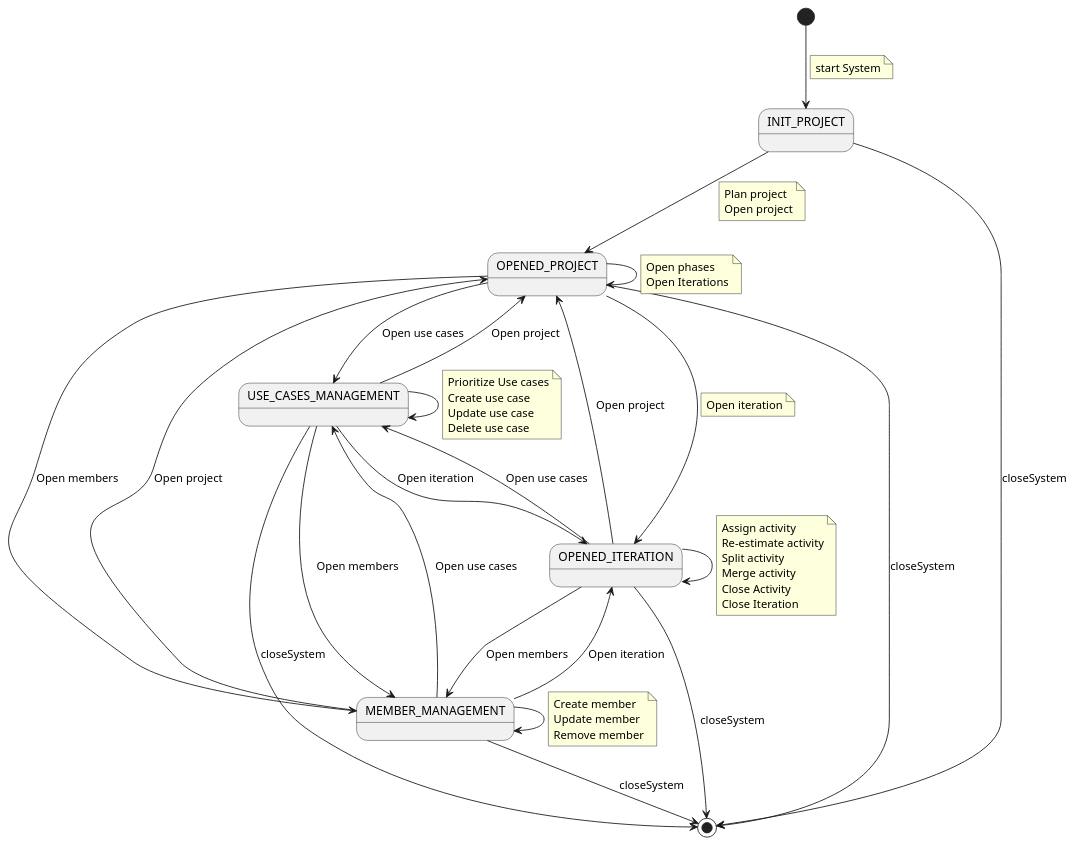
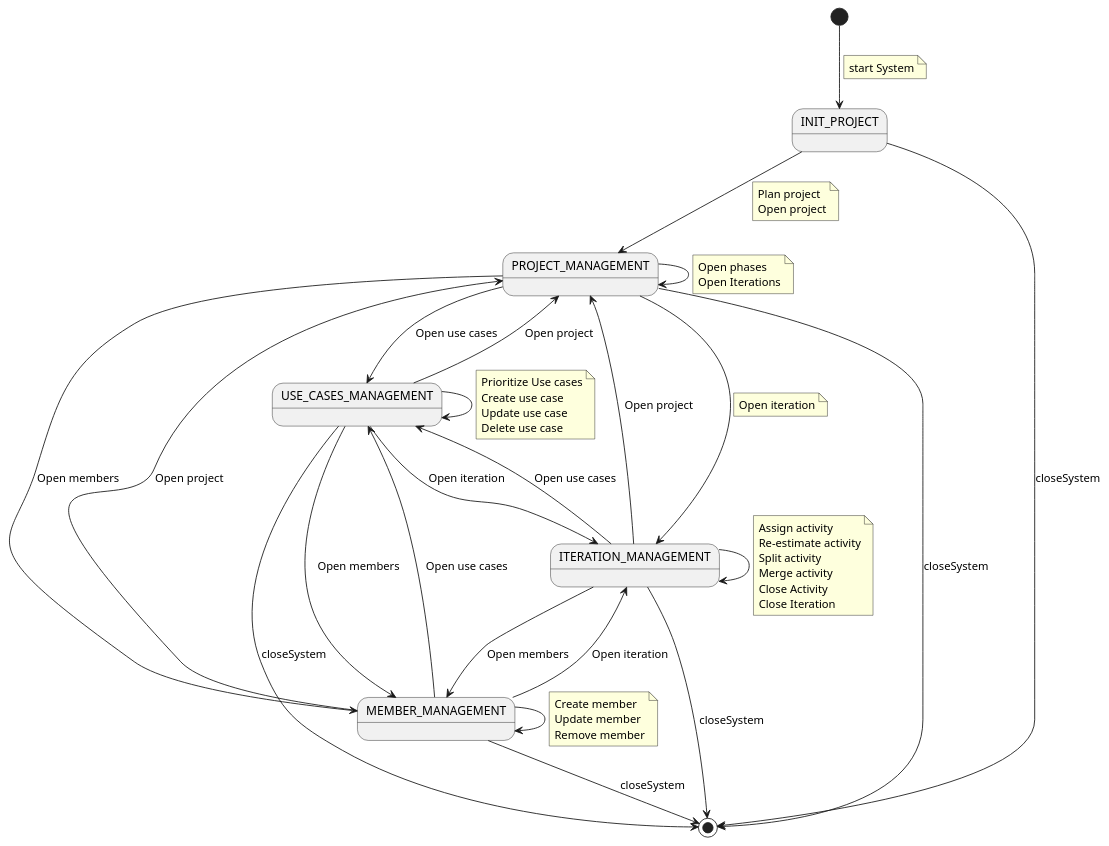
One commit to rup-projects/rup-projects changed the diagram in documentation/diagrams/usecases/ContextDiagram.puml. Above: the diagram before and after it, drawn with PlantUML. The commit also changed 16 other files, not shown here.

Commit message:
cambiamos de nombre OPENED por MANAGEMENT

```diff
--- a/documentation/diagrams/usecases/ContextDiagram.puml
+++ b/documentation/diagrams/usecases/ContextDiagram.puml
@@ -1,65 +1,65 @@
 @startuml
 
 
 
 [*] --> INIT_PROJECT
  note on link
     start System
  end note
-INIT_PROJECT -down-> OPENED_PROJECT
+INIT_PROJECT -down-> PROJECT_MANAGEMENT
     note on link
         Plan project
         Open project
     end note
 
 INIT_PROJECT            -down-> [*] : closeSystem
-OPENED_PROJECT          -down-> [*] : closeSystem
+PROJECT_MANAGEMENT          -down-> [*] : closeSystem
 USE_CASES_MANAGEMENT    -down-> [*] : closeSystem
 MEMBER_MANAGEMENT       -down-> [*] : closeSystem
-OPENED_ITERATION      -down-> [*] : closeSystem
+ITERATION_MANAGEMENT      -down-> [*] : closeSystem
 
-OPENED_PROJECT --> OPENED_PROJECT
+PROJECT_MANAGEMENT --> PROJECT_MANAGEMENT
     note on link
         Open phases
         Open Iterations
     end note
-OPENED_PROJECT --> USE_CASES_MANAGEMENT : Open use cases
-OPENED_PROJECT --> MEMBER_MANAGEMENT    : Open members
-OPENED_PROJECT --> OPENED_ITERATION
+PROJECT_MANAGEMENT --> USE_CASES_MANAGEMENT : Open use cases
+PROJECT_MANAGEMENT --> MEMBER_MANAGEMENT    : Open members
+PROJECT_MANAGEMENT --> ITERATION_MANAGEMENT
     note on link
         Open iteration
     end note
 USE_CASES_MANAGEMENT --> USE_CASES_MANAGEMENT
     note on link
         Prioritize Use cases
         Create use case
         Update use case
         Delete use case
     end note
-USE_CASES_MANAGEMENT --> OPENED_PROJECT         : Open project
+USE_CASES_MANAGEMENT --> PROJECT_MANAGEMENT         : Open project
 USE_CASES_MANAGEMENT --> MEMBER_MANAGEMENT      : Open members
-USE_CASES_MANAGEMENT --> OPENED_ITERATION     : Open iteration
+USE_CASES_MANAGEMENT --> ITERATION_MANAGEMENT     : Open iteration
 
 MEMBER_MANAGEMENT --> MEMBER_MANAGEMENT
     note on link
         Create member
         Update member
         Remove member
     end note
-MEMBER_MANAGEMENT --> OPENED_PROJECT        : Open project
+MEMBER_MANAGEMENT --> PROJECT_MANAGEMENT        : Open project
 MEMBER_MANAGEMENT --> USE_CASES_MANAGEMENT  : Open use cases
-MEMBER_MANAGEMENT --> OPENED_ITERATION    : Open iteration
+MEMBER_MANAGEMENT --> ITERATION_MANAGEMENT    : Open iteration
 
-OPENED_ITERATION --> OPENED_ITERATION
+ITERATION_MANAGEMENT --> ITERATION_MANAGEMENT
     note on link
         Assign activity
         Re-estimate activity
         Split activity
         Merge activity
         Close Activity
         Close Iteration
     end note
-OPENED_ITERATION --> OPENED_PROJECT : Open project
-OPENED_ITERATION --> MEMBER_MANAGEMENT : Open members
-OPENED_ITERATION --> USE_CASES_MANAGEMENT : Open use cases
+ITERATION_MANAGEMENT --> PROJECT_MANAGEMENT : Open project
+ITERATION_MANAGEMENT --> MEMBER_MANAGEMENT : Open members
+ITERATION_MANAGEMENT --> USE_CASES_MANAGEMENT : Open use cases
 @enduml
```
